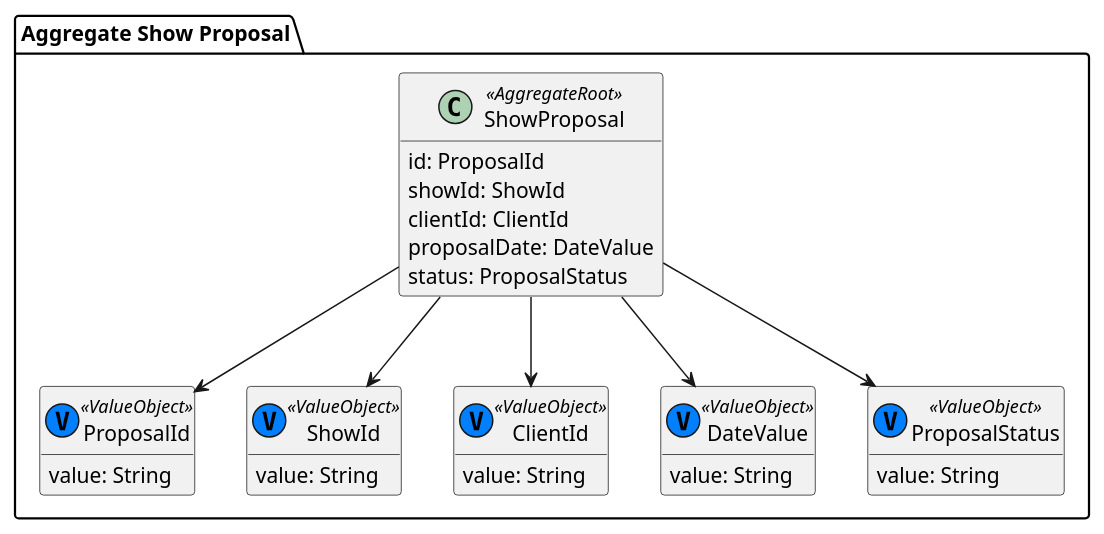
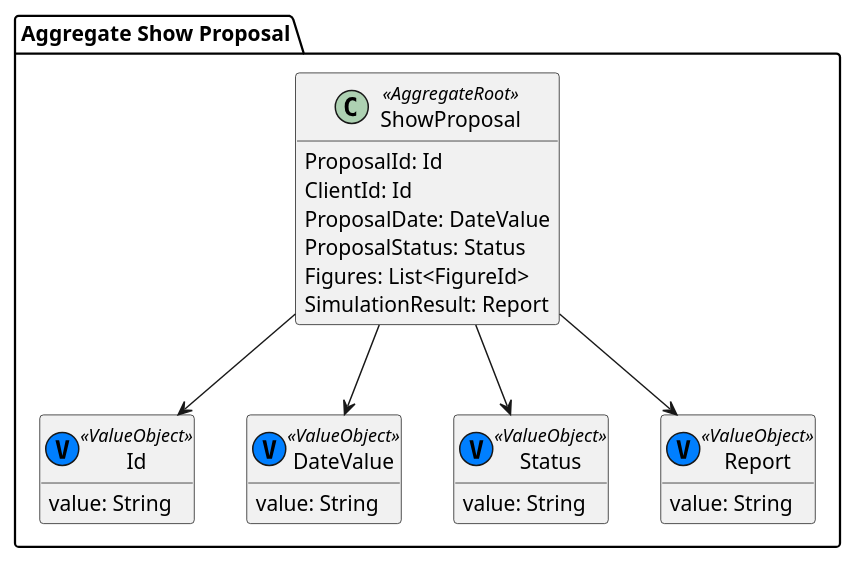
The diagram in docs/us_110/subDomains/domains/aggregate_show_proposal.puml (HenriqueSilva18/Drone-Show-Management-System), drawn with PlantUML before and after one commit. The commit also changed 10 other files, not shown here.

```diff
--- a/docs/us_110/subDomains/domains/aggregate_show_proposal.puml
+++ b/docs/us_110/subDomains/domains/aggregate_show_proposal.puml
@@ -1,43 +1,39 @@
 @startuml
 hide methods
 
 package "Aggregate Show Proposal" {
 
     ' Agregado ShowProposal (Aggregate Root)
     class ShowProposal <<AggregateRoot>> {
-        id: ProposalId
-        showId: ShowId
-        clientId: ClientId
-        proposalDate: DateValue
-        status: ProposalStatus
+        ProposalId: Id
+        ClientId: Id
+        ProposalDate: DateValue
+        ProposalStatus: Status
+        Figures: List<FigureId>
+        SimulationResult: Report
     }
 
     ' Value Objects associados
-    class ProposalId <<(V, #007fff) ValueObject>> {
-        value: String
-    }
-
-    class ShowId <<(V, #007fff) ValueObject>> {
-        value: String
-    }
-
-    class ClientId <<(V, #007fff) ValueObject>> {
+    class Id <<(V, #007fff) ValueObject>> {
         value: String
     }
 
     class DateValue <<(V, #007fff) ValueObject>> {
         value: String
     }
 
-    class ProposalStatus <<(V, #007fff) ValueObject>> {
+    class Status <<(V, #007fff) ValueObject>> {
+        value: String
+    }
+
+    class Report <<(V, #007fff) ValueObject>> {
         value: String
     }
 
     ' Ligações
-    ShowProposal --> ProposalId
-    ShowProposal --> ShowId
-    ShowProposal --> ClientId
+    ShowProposal --> Id
     ShowProposal --> DateValue
-    ShowProposal --> ProposalStatus
+    ShowProposal --> Status
+    ShowProposal --> Report
 }
 @enduml
```
